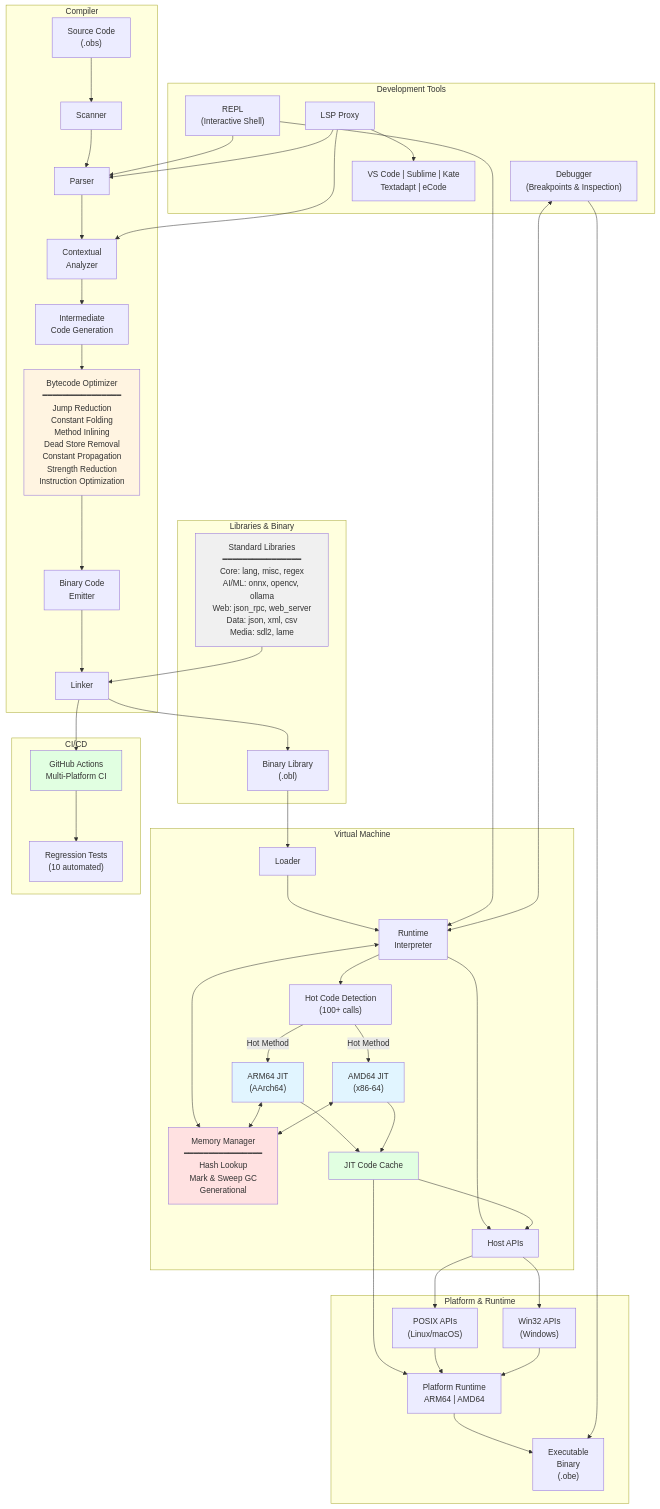
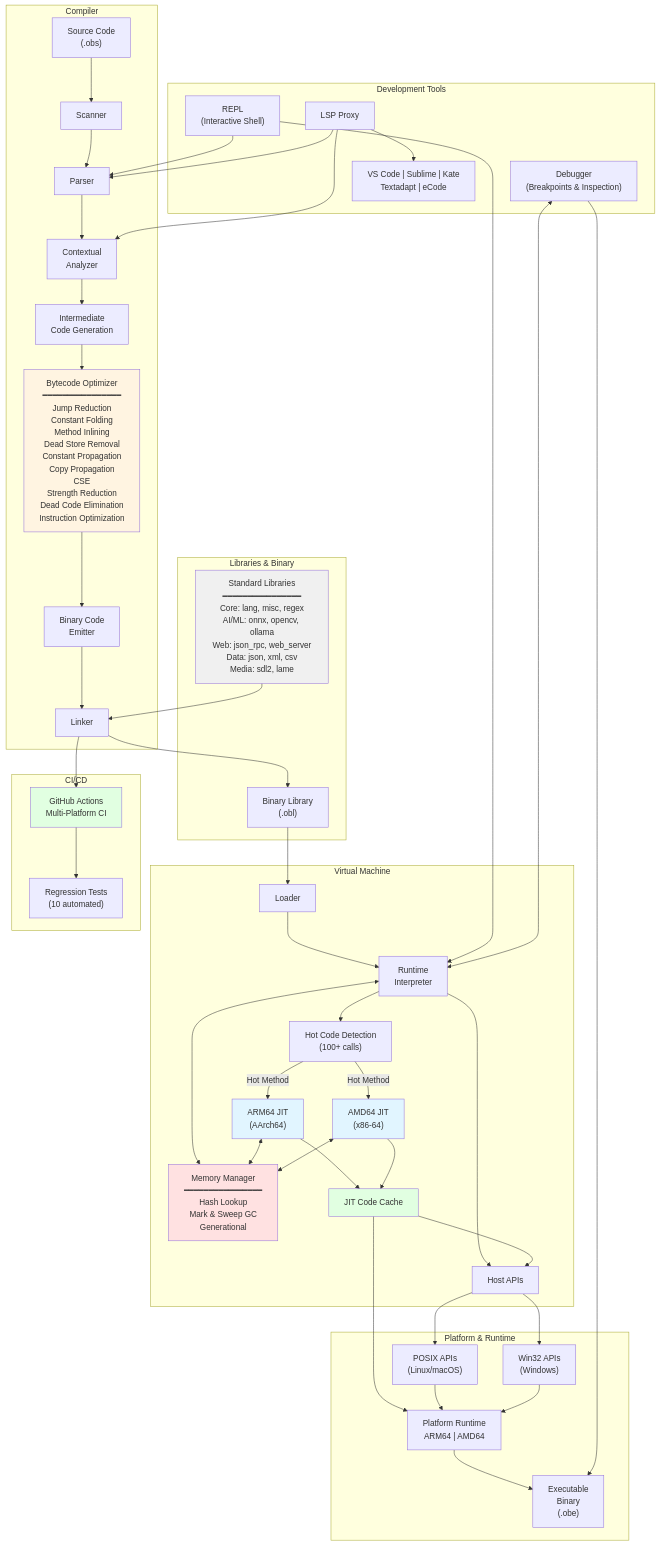
The diagram in core/readme.md (objeck/objeck-lang), drawn with Mermaid before and after one commit. The commit also changed other lines of this file and 22 other files, not shown here.

```diff
--- a/core/readme.md
+++ b/core/readme.md
@@ -32,7 +32,7 @@
         Parser["Parser"]
         Analyzer["Contextual<br/>Analyzer"]
         IR["Intermediate<br/>Code Generation"]
-        Optimizer["Bytecode Optimizer<br/>━━━━━━━━━━━━━━━━<br/>Jump Reduction<br/>Constant Folding<br/>Method Inlining<br/>Dead Store Removal<br/>Constant Propagation<br/>Strength Reduction<br/>Instruction Optimization"]
+        Optimizer["Bytecode Optimizer<br/>━━━━━━━━━━━━━━━━<br/>Jump Reduction<br/>Constant Folding<br/>Method Inlining<br/>Dead Store Removal<br/>Constant Propagation<br/>Copy Propagation<br/>CSE<br/>Strength Reduction<br/>Dead Code Elimination<br/>Instruction Optimization"]
         Emitter["Binary Code<br/>Emitter"]
         Linker["Linker"]
     end
```
